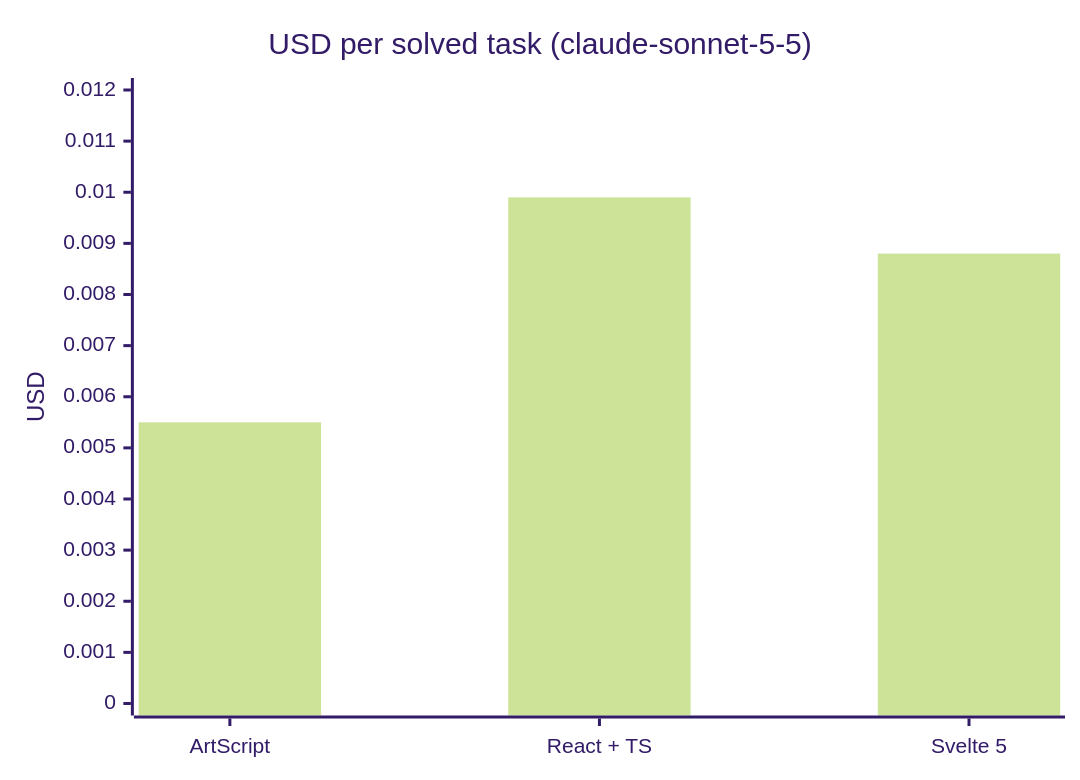
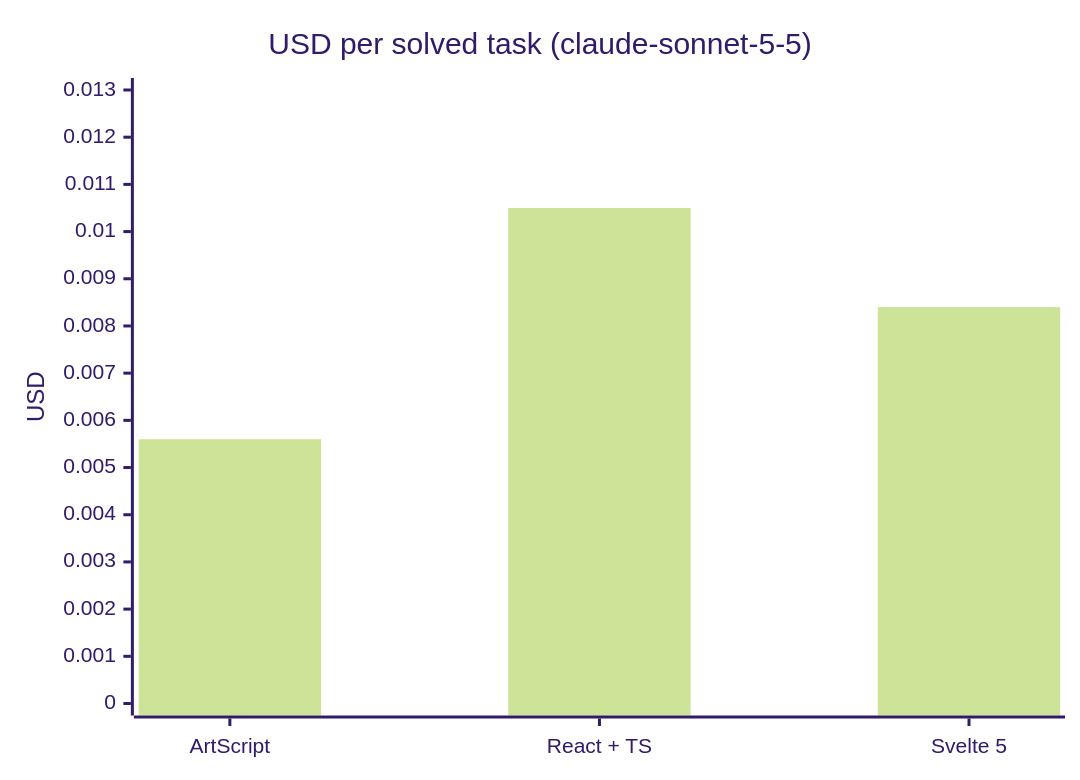
Before and after one commit to leb90/ArtScript: the second of 2 diagrams in README.md, drawn with Mermaid (forest theme). The commit also changed other lines of this file and 6 other files, not shown here.

````diff
--- a/README.md
+++ b/README.md
@@ -156,7 +156,7 @@
 ```mermaid
 xychart-beta
     title "USD per solved task (claude-sonnet-5-5)"
     x-axis ["ArtScript", "React + TS", "Svelte 5"]
-    y-axis "USD" 0 --> 0.012
-    bar [0.0055, 0.0099, 0.0088]
+    y-axis "USD" 0 --> 0.013
+    bar [0.0056, 0.0105, 0.0084]
 ```
````
